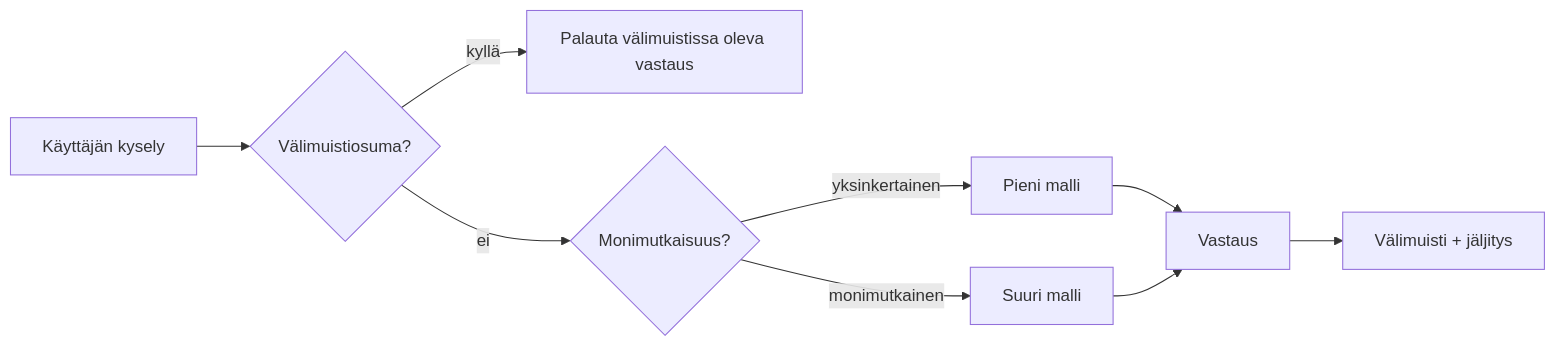
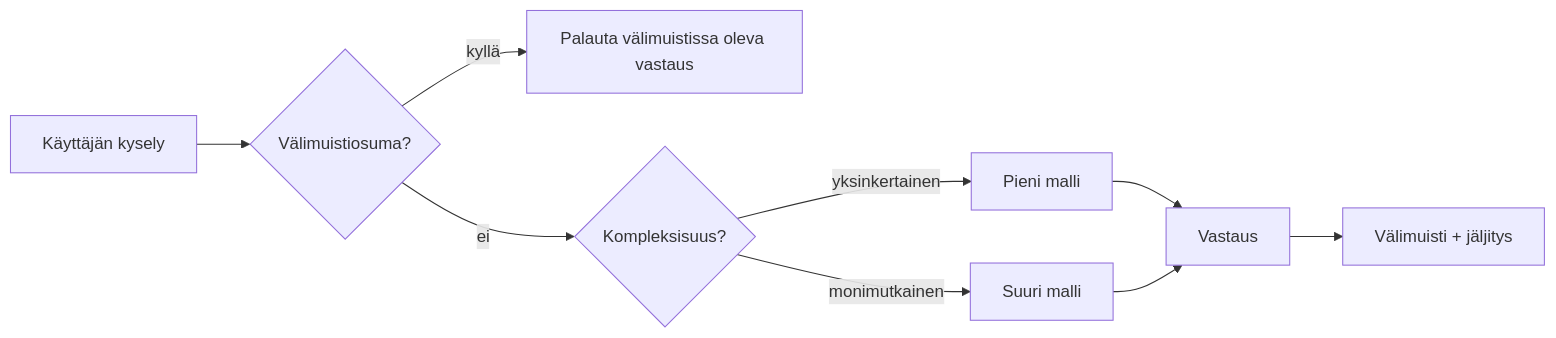
One commit to gabrielmoreira/agent-skills-mirror changed the third of 4 diagrams in mirrors/repos/microsoft@ai-agents-for-beginners/translations/fi/16-deploying-scalable-agents/README.md. Above: the diagram before and after it, drawn with Mermaid. The commit also changed other lines of this file and 4262 other files, not shown here.

````diff
--- a/mirrors/repos/microsoft@ai-agents-for-beginners/translations/fi/16-deploying-scalable-agents/README.md
+++ b/mirrors/repos/microsoft@ai-agents-for-beginners/translations/fi/16-deploying-scalable-agents/README.md
@@ -134,11 +134,11 @@
 ```mermaid
 flowchart LR
     Q[Käyttäjän kysely] --> C{Välimuistiosuma?}
     C -->|kyllä| R[Palauta välimuistissa oleva vastaus]
-    C -->|ei| Router{Monimutkaisuus?}
+    C -->|ei| Router{Kompleksisuus?}
     Router -->|yksinkertainen| SLM[Pieni malli]
     Router -->|monimutkainen| LLM[Suuri malli]
     SLM --> Out[Vastaus]
     LLM --> Out
     Out --> Store[Välimuisti + jäljitys]
 ```
````
